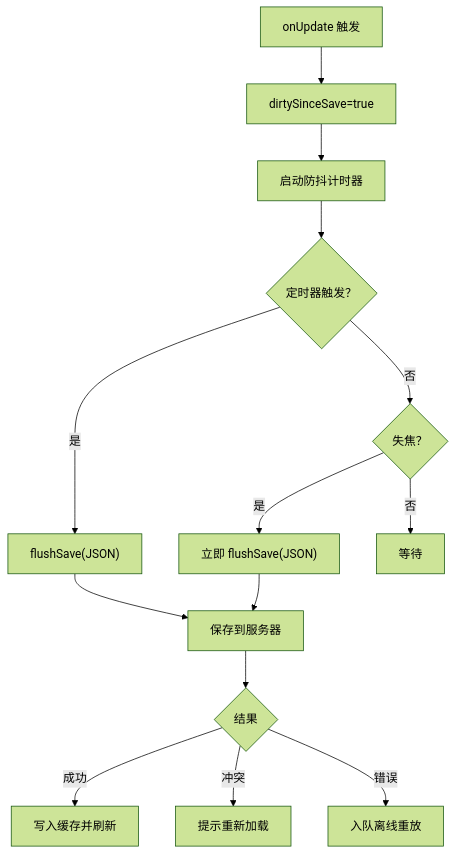
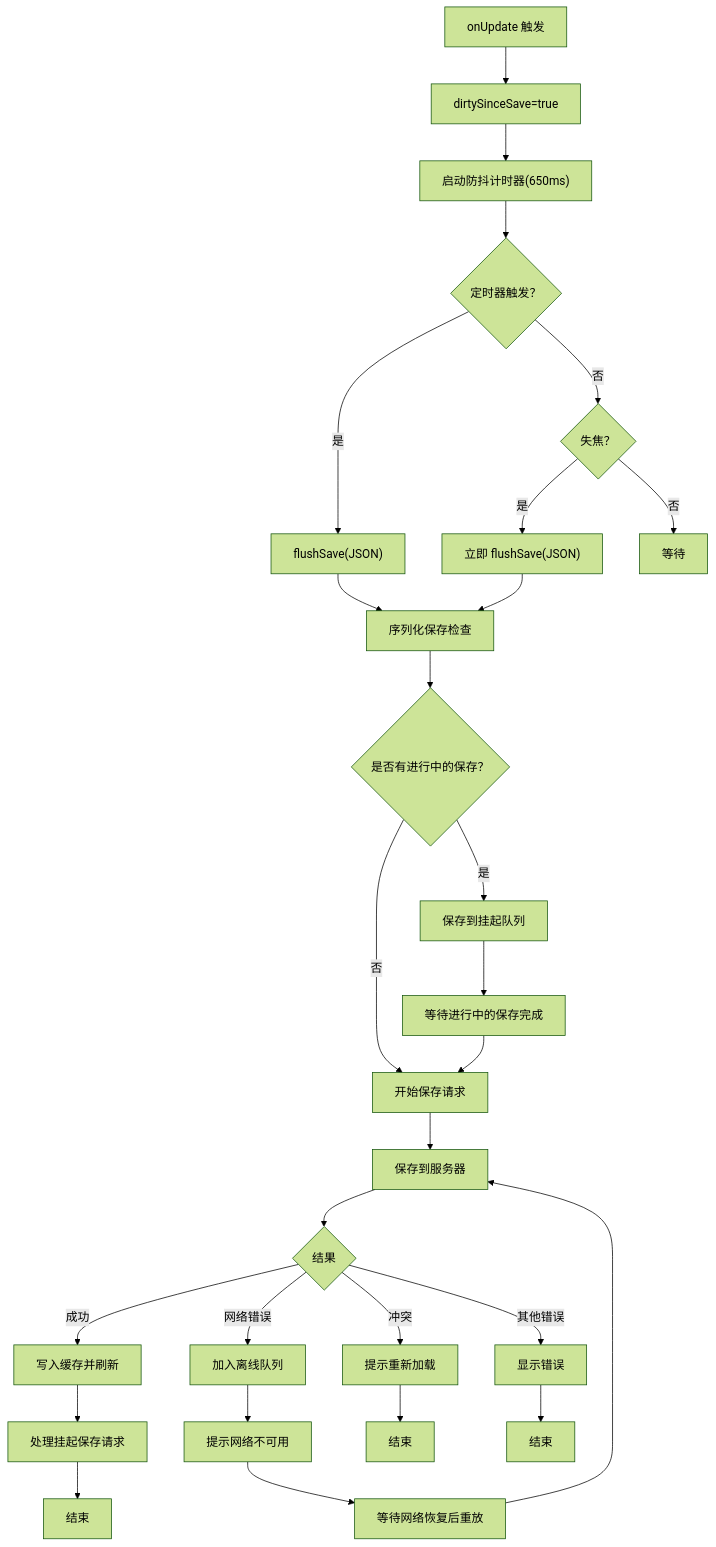
The tenth of 12 diagrams in .qoder/repowiki/zh/content/便签管理系统/便签管理系统.md (qiuziGirl/smart-todo), drawn with Mermaid (forest theme) before and after one commit. The commit also changed other lines of this file and 8 other files, not shown here.

````diff
--- a/.qoder/repowiki/zh/content/便签管理系统/便签管理系统.md
+++ b/.qoder/repowiki/zh/content/便签管理系统/便签管理系统.md
@@ -340,16 +531,30 @@
 ```mermaid
 flowchart TD
 A["onUpdate 触发"] --> B["dirtySinceSave=true"]
-B --> C["启动防抖计时器"]
+B --> C["启动防抖计时器(650ms)"]
 C --> D{"定时器触发？"}
 D --> |是| E["flushSave(JSON)"]
 D --> |否| F{"失焦？"}
 F --> |是| G["立即 flushSave(JSON)"]
 F --> |否| H["等待"]
-E --> I["保存到服务器"]
+E --> I["序列化保存检查"]
 G --> I
-I --> J{"结果"}
-J --> |成功| K["写入缓存并刷新"]
-J --> |冲突| L["提示重新加载"]
-J --> |错误| M["入队离线重放"]
+I --> J{"是否有进行中的保存？"}
+J --> |是| K["保存到挂起队列"]
+J --> |否| L["开始保存请求"]
+K --> M["等待进行中的保存完成"]
+L --> N["保存到服务器"]
+M --> L
+N --> O{"结果"}
+O --> |成功| P["写入缓存并刷新"]
+O --> |冲突| Q["提示重新加载"]
+O --> |网络错误| R["加入离线队列"]
+O --> |其他错误| S["显示错误"]
+R --> T["提示网络不可用"]
+T --> U["等待网络恢复后重放"]
+P --> V["处理挂起保存请求"]
+Q --> W["结束"]
+S --> X["结束"]
+U --> N
+V --> Y["结束"]
 ```
````
